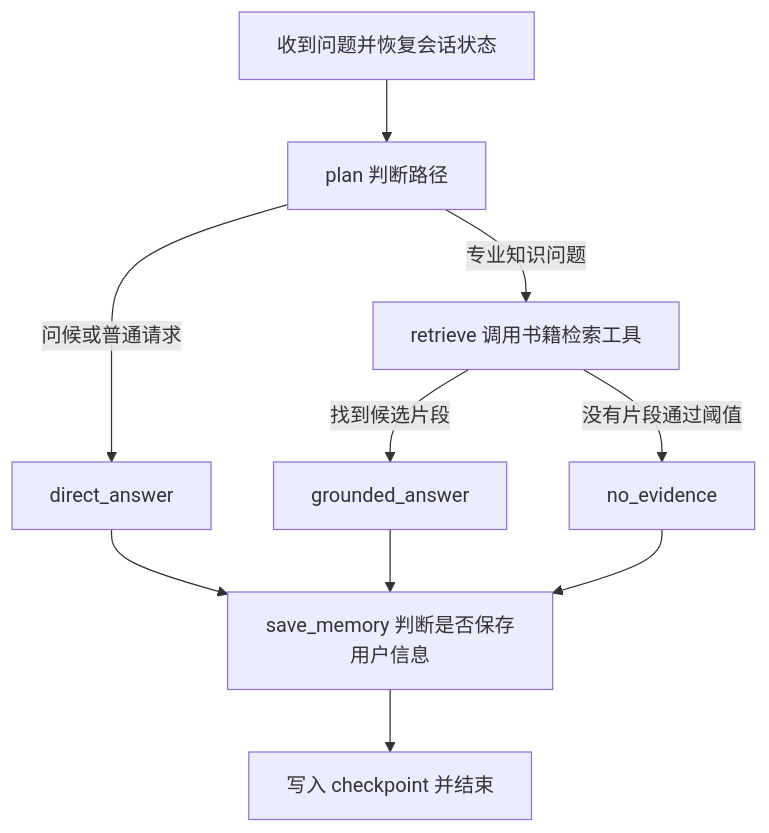
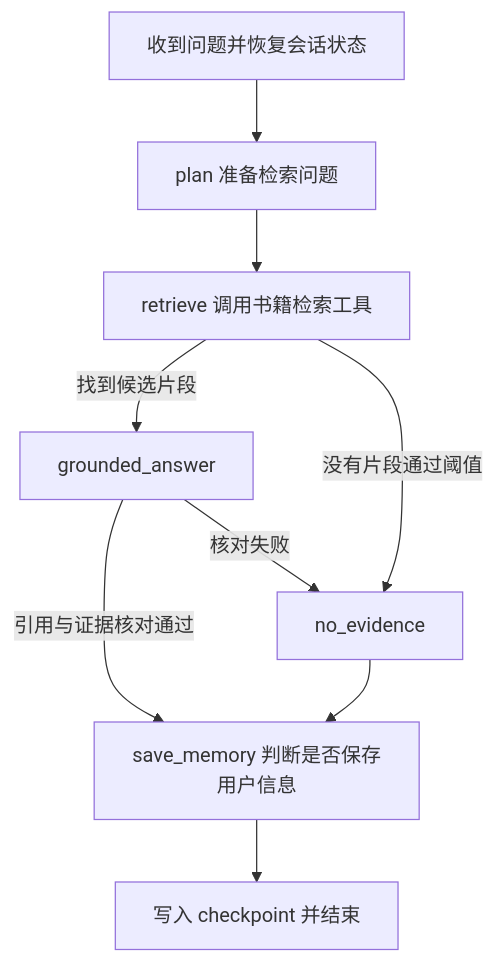
The second of 2 diagrams in docs/项目一运行原理与设计思路.md (Serevix/LlmAgent), drawn with Mermaid before and after one commit. The commit also changed other lines of this file and 14 other files, not shown here.

````diff
--- a/docs/项目一运行原理与设计思路.md
+++ b/docs/项目一运行原理与设计思路.md
@@ -121,12 +121,11 @@
 ```mermaid
 flowchart TD
-    A[收到问题并恢复会话状态] --> B[plan 判断路径]
-    B -->|专业知识问题| C[retrieve 调用书籍检索工具]
-    B -->|问候或普通请求| D[direct_answer]
+    A[收到问题并恢复会话状态] --> B[plan 准备检索问题]
+    B --> C[retrieve 调用书籍检索工具]
     C -->|找到候选片段| E[grounded_answer]
     C -->|没有片段通过阈值| F[no_evidence]
-    D --> G[save_memory 判断是否保存用户信息]
-    E --> G
+    E -->|引用与证据核对通过| G[save_memory 判断是否保存用户信息]
+    E -->|核对失败| F
     F --> G
     G --> H[写入 checkpoint 并结束]
 ```
````
